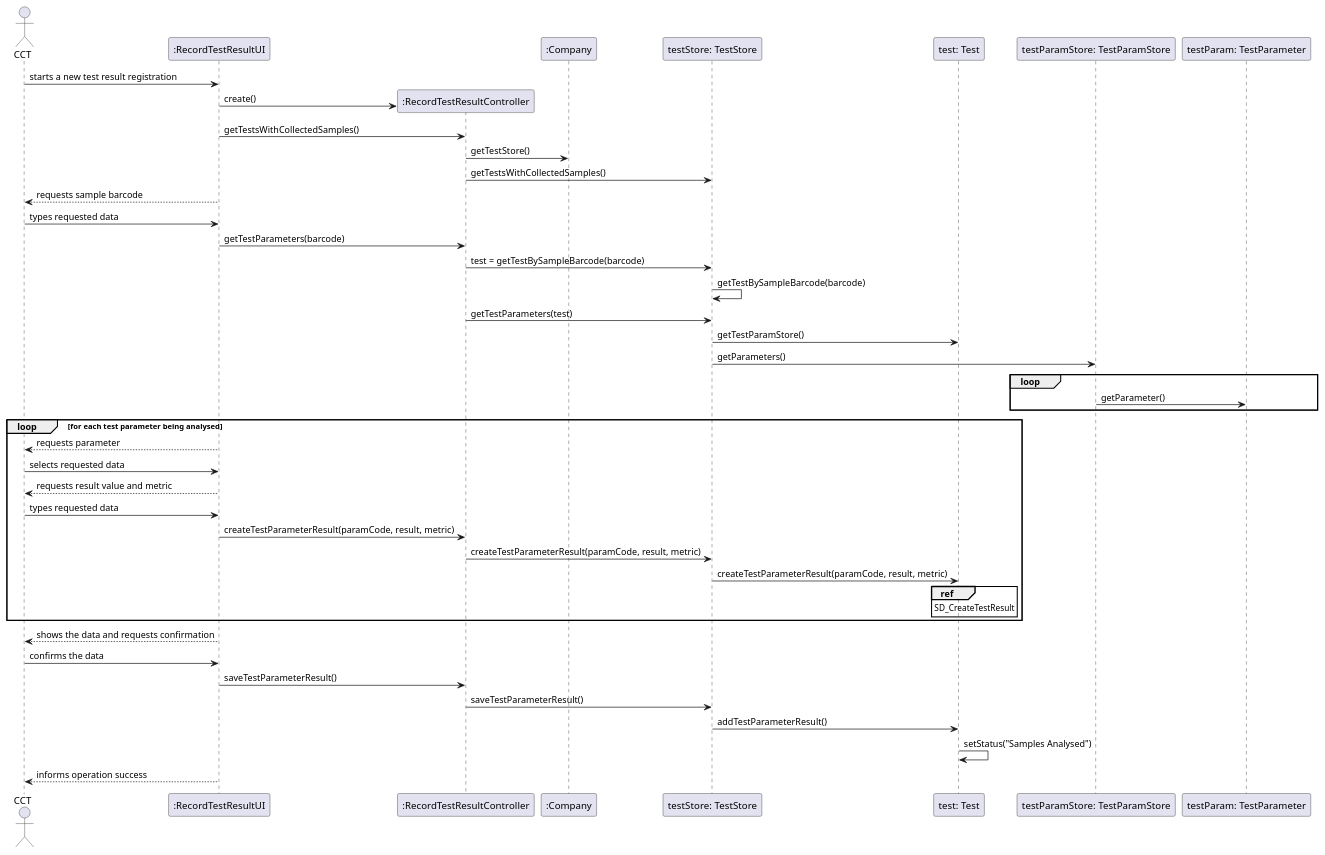
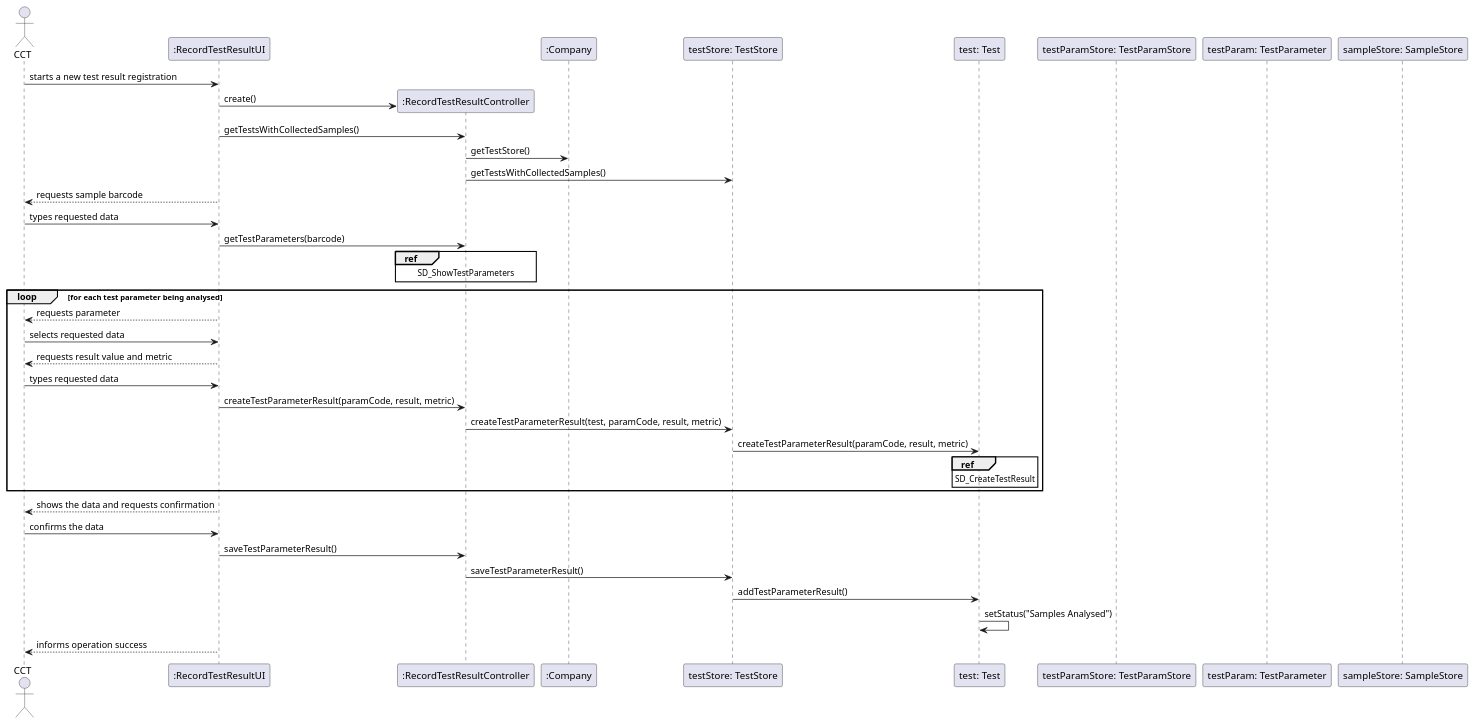
Before and after one commit to MadDinosaur/ISEP-LAPR2: the diagram in docs/SprintC/US12/US12_SD.puml, drawn with PlantUML. The commit also changed 14 other files, not shown here.

```diff
--- a/docs/SprintC/US12/US12_SD.puml
+++ b/docs/SprintC/US12/US12_SD.puml
@@ -1,48 +1,42 @@
 @startuml
 actor CCT as cct
 participant ":RecordTestResultUI" as ui
 participant ":RecordTestResultController" as controller
 participant ":Company" as company
 participant "testStore: TestStore" as ts
 participant "test: Test" as test
 participant "testParamStore: TestParamStore" as tpstore
 participant "testParam: TestParameter" as testParam
+participant "sampleStore: SampleStore" as ss
 
 
 cct -> ui : starts a new test result registration
 create controller
 ui -> controller : create()
 ui -> controller : getTestsWithCollectedSamples()
 controller -> company : getTestStore()
 controller -> ts : getTestsWithCollectedSamples()
 ui --> cct : requests sample barcode
 cct -> ui : types requested data
 ui -> controller : getTestParameters(barcode)
-controller -> ts : test = getTestBySampleBarcode(barcode)
-ts -> ts : getTestBySampleBarcode(barcode)
-controller -> ts : getTestParameters(test)
-ts -> test : getTestParamStore()
-ts -> tpstore : getParameters()
-loop
-tpstore -> testParam : getParameter()
-end loop
+ref over controller : SD_ShowTestParameters
 loop for each test parameter being analysed
 ui --> cct : requests parameter
 cct -> ui : selects requested data
 ui --> cct : requests result value and metric
 cct -> ui : types requested data
 ui -> controller : createTestParameterResult(paramCode, result, metric)
-controller -> ts : createTestParameterResult(paramCode, result, metric)
+controller -> ts : createTestParameterResult(test, paramCode, result, metric)
 ts -> test : createTestParameterResult(paramCode, result, metric)
 ref over test : SD_CreateTestResult
 end loop
 ui --> cct : shows the data and requests confirmation
 cct -> ui : confirms the data
 ui -> controller : saveTestParameterResult()
 controller -> ts : saveTestParameterResult()
 ts -> test : addTestParameterResult()
 test -> test : setStatus("Samples Analysed")
 ui --> cct : informs operation success
 
 
 @enduml
```
